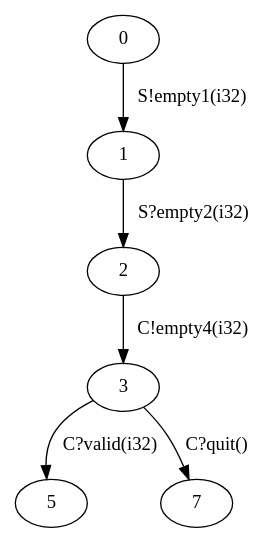
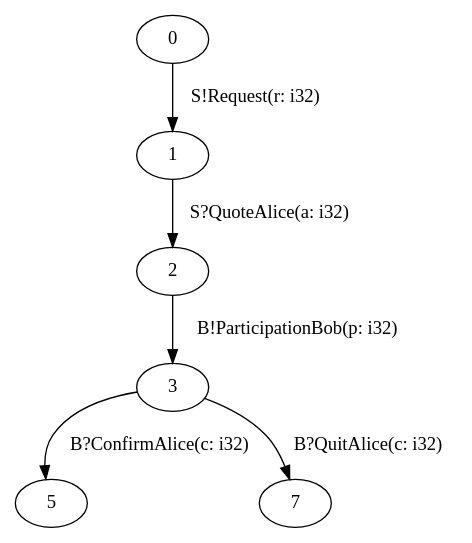
Before and after one commit to zakcutner/rumpsteak: the diagram in examples/Running examples/3buyers/A_expected.dot, drawn with Graphviz. The commit also changed 9 other files, not shown here.

```diff
--- a/examples/Running examples/3buyers/A_expected.dot
+++ b/examples/Running examples/3buyers/A_expected.dot
@@ -1,16 +1,16 @@
 digraph A {
   0;
   1;
   2;
   3;
   5;
   7;
   
   
-  0 -> 1 [label="S!empty1(i32)", ];
-  1 -> 2 [label="S?empty2(i32)", ];
-  2 -> 3 [label="C!empty4(i32)", ];
-  3 -> 5 [label="C?valid(i32)", ];
-  3 -> 7 [label="C?quit()", ];
+  0 -> 1 [label="S!Request(r: i32)", ];
+  1 -> 2 [label="S?QuoteAlice(a: i32)", ];
+  2 -> 3 [label="B!ParticipationBob(p: i32)", ];
+  3 -> 5 [label="B?ConfirmAlice(c: i32)", ];
+  3 -> 7 [label="B?QuitAlice(c: i32)", ];
   
   }
```
